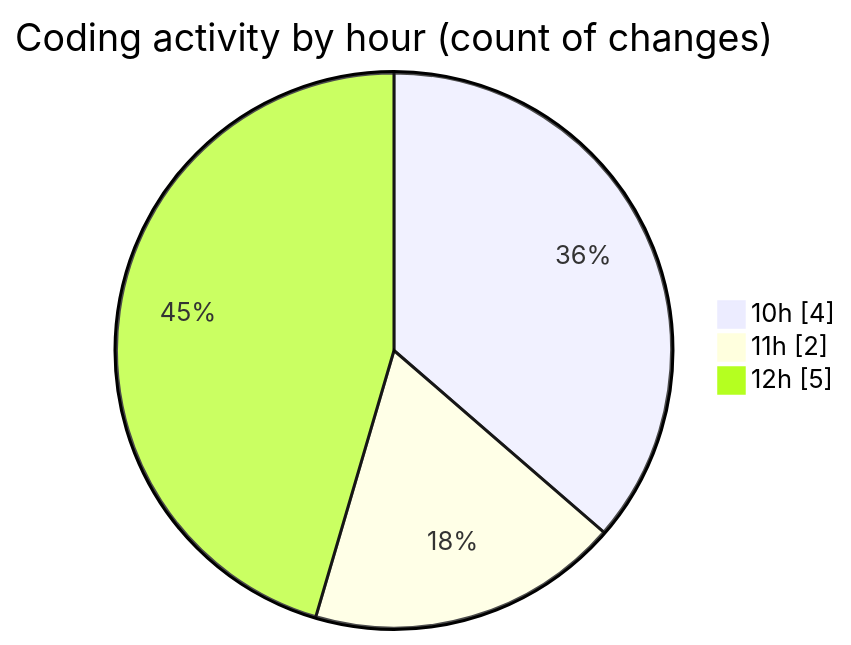
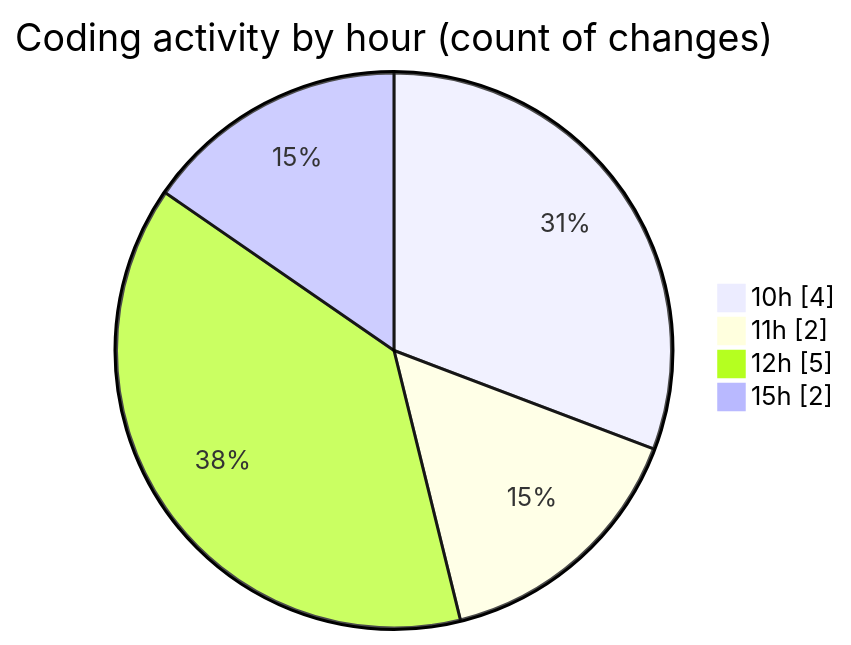
The second of 2 diagrams in 2025-04-23/synth_911data_gen/README.md (trdunsworth/code-tracking), drawn with Mermaid before and after one commit. The commit also changed other lines of this file and 1 other file, not shown here.

````diff
--- a/2025-04-23/synth_911data_gen/README.md
+++ b/2025-04-23/synth_911data_gen/README.md
@@ -28,7 +28,8 @@
 ```mermaid
 pie showData
 title Coding activity by hour (count of changes)
 "10h" : 4
 "11h" : 2
 "12h" : 5
+"15h" : 2
 ```
````
